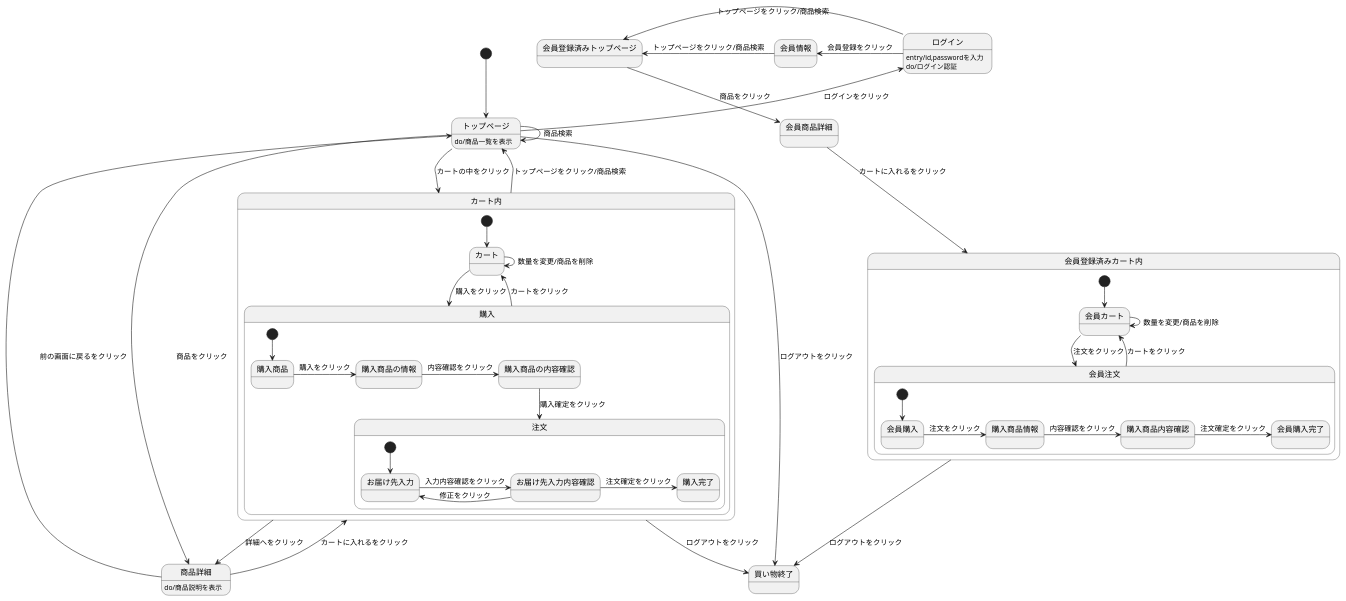
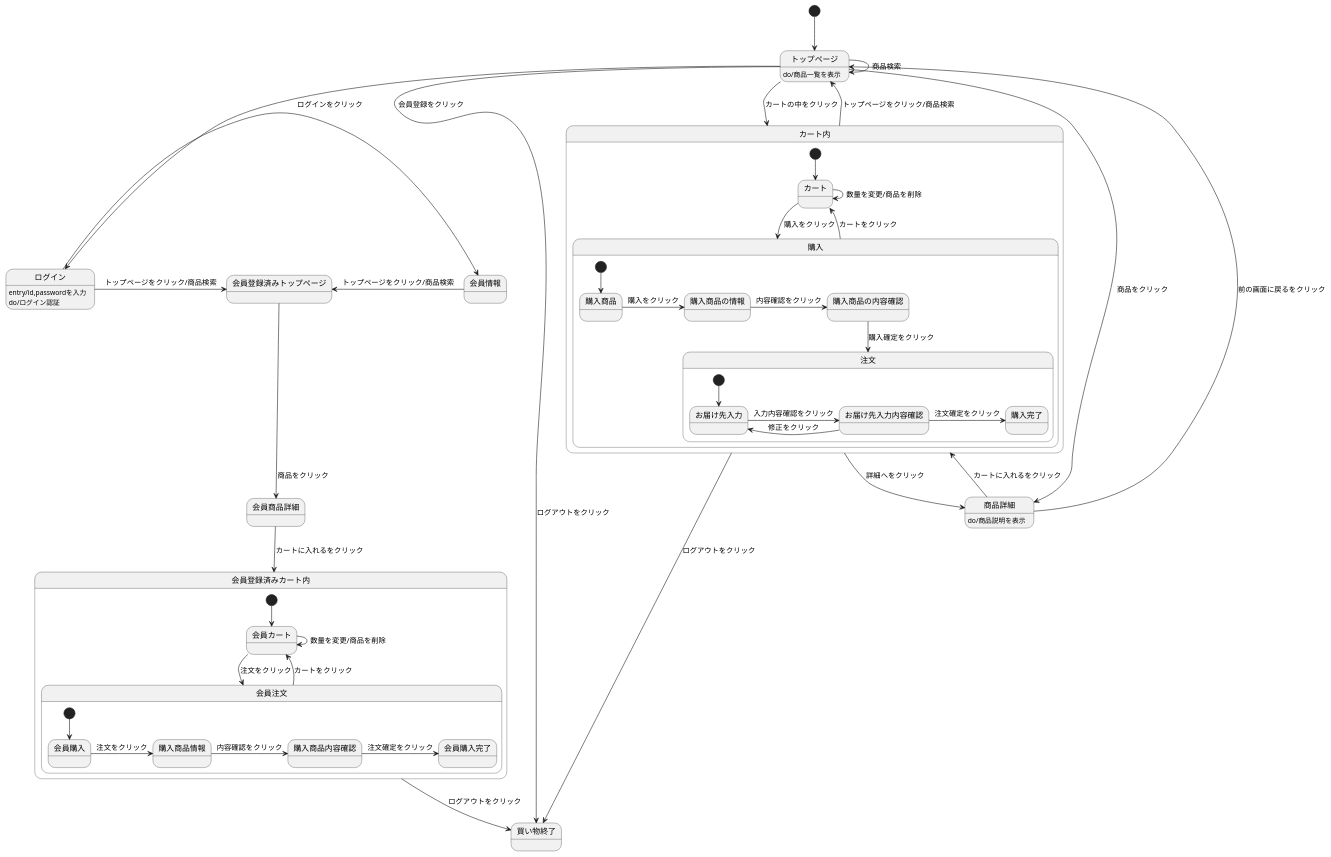
Before and after one commit to Aso2001140/2012sys-design: the diagram in create 12.md, drawn with PlantUML.

Commit message:
Create create 12.md

````diff
--- a/create 12.md
+++ b/create 12.md
@@ -1,57 +1,57 @@
 ```uml
 @startuml
 [*] --> トップページ
 会員情報 -left-> 会員登録済みトップページ : トップページをクリック/商品検索
 会員登録済みトップページ -down-> 会員商品詳細 : 商品をクリック
 会員商品詳細 -down-> 会員登録済みカート内 : カートに入れるをクリック
 ログイン -> 会員登録済みトップページ : トップページをクリック/商品検索
 ログイン : entry/id,passwordを入力
 ログイン : do/ログイン認証
 トップページ -down-> 買い物終了 : ログアウトをクリック
 トップページ -> トップページ : 商品検索
 トップページ -left-> 商品詳細 : 商品をクリック
 ログイン -left-> 会員情報 : 会員登録をクリック
-トップページ -left-> ログイン : ログインをクリック
+トップページ -down-> ログイン : ログインをクリック
 トップページ -down-> カート内 : カートの中をクリック
 トップページ : do/商品一覧を表示
 商品詳細 -down-> カート内 : カートに入れるをクリック
 商品詳細 --> トップページ : 前の画面に戻るをクリック
 商品詳細 : do/商品説明を表示
 カート内 -up-> トップページ : トップページをクリック/商品検索
 カート内 -down-> 買い物終了 : ログアウトをクリック
 会員登録済みカート内 -down-> 買い物終了 : ログアウトをクリック
 カート内 -> 商品詳細 : 詳細へをクリック
 
 
 state カート内{
 [*] --> カート
 カート -down-> 購入 : 購入をクリック
 カート -> カート : 数量を変更/商品を削除
 購入 --> カート : カートをクリック
 state 購入{
 [*] --> 購入商品
 購入商品 -> 購入商品の情報 : 購入をクリック
 購入商品の情報 -> 購入商品の内容確認 : 内容確認をクリック
 購入商品の内容確認 -down-> 注文 : 購入確定をクリック
 state 注文{
 [*] --> お届け先入力
 お届け先入力 -> お届け先入力内容確認 : 入力内容確認をクリック
 お届け先入力内容確認 -> お届け先入力 : 修正をクリック
 お届け先入力内容確認 -> 購入完了 : 注文確定をクリック
 }
 }
 }
 state 会員登録済みカート内{
 [*] --> 会員カート
 会員カート -> 会員注文 : 注文をクリック
 会員カート -> 会員カート : 数量を変更/商品を削除
 会員注文 --> 会員カート : カートをクリック
 state 会員注文{
 [*] --> 会員購入
 会員購入 -> 購入商品情報 : 注文をクリック
 購入商品情報 -> 購入商品内容確認 : 内容確認をクリック
 購入商品内容確認 -> 会員購入完了 : 注文確定をクリック
 }
 }
 @enduml
 ```
````
